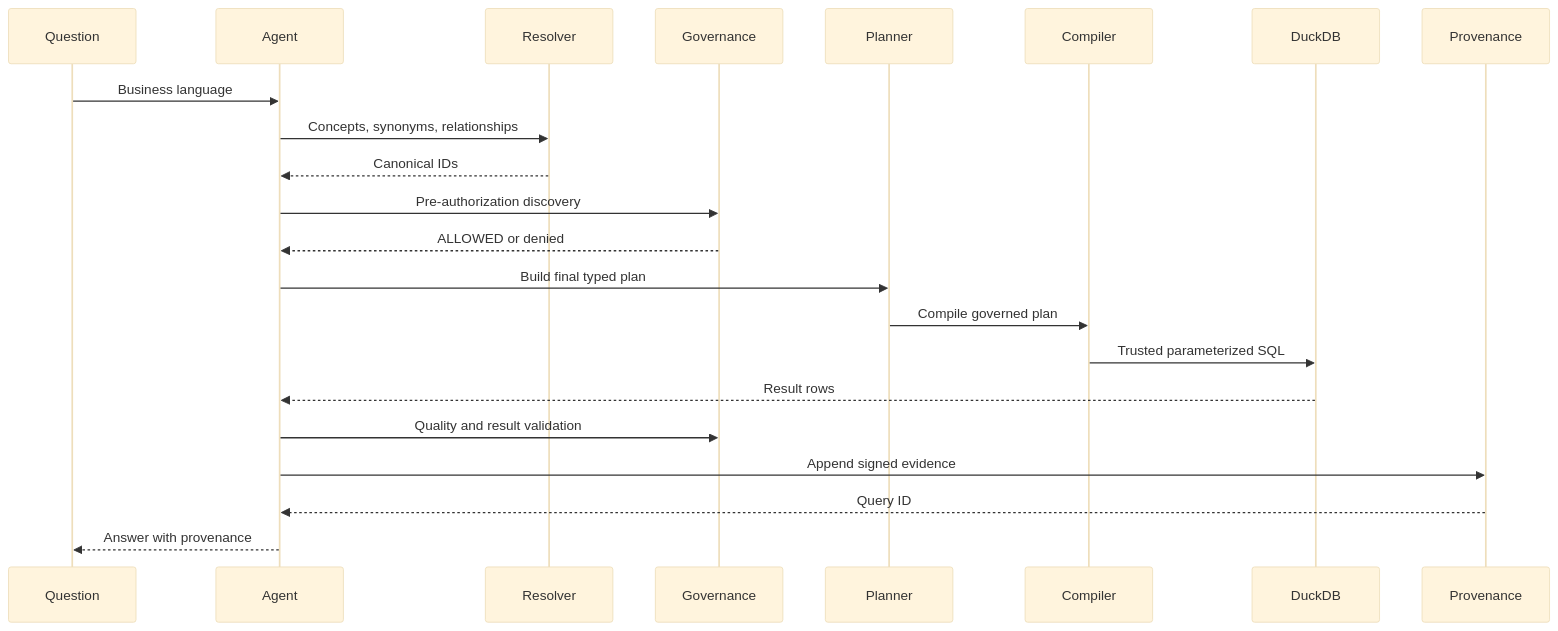
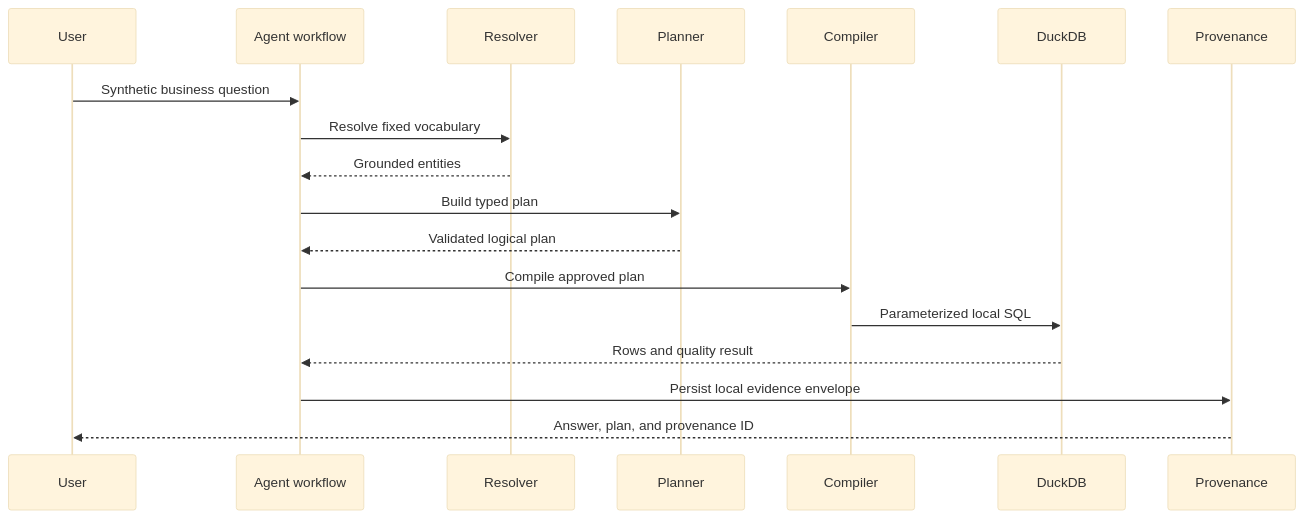
Before and after one commit to Sugumaran-Balasubramaniyan/enterprise-agentic-semantic-layer: the third of 4 diagrams in README.md, drawn with Mermaid (base theme). The commit also changed other lines of this file and 19 other files, not shown here.

````diff
--- a/README.md
+++ b/README.md
@@ -447,24 +249,20 @@
 ```mermaid
 sequenceDiagram
-    participant Q as Question
-    participant A as Agent
+    participant U as User
+    participant A as Agent workflow
     participant R as Resolver
-    participant G as Governance
     participant P as Planner
     participant C as Compiler
-    participant X as DuckDB
-    participant V as Provenance
-    Q->>A: Business language
-    A->>R: Concepts, synonyms, relationships
-    R-->>A: Canonical IDs
-    A->>G: Pre-authorization discovery
-    G-->>A: ALLOWED or denied
-    A->>P: Build final typed plan
-    P->>C: Compile governed plan
-    C->>X: Trusted parameterized SQL
-    X-->>A: Result rows
-    A->>G: Quality and result validation
-    A->>V: Append signed evidence
-    V-->>A: Query ID
-    A-->>Q: Answer with provenance
+    participant D as DuckDB
+    participant T as Provenance
+    U->>A: Synthetic business question
+    A->>R: Resolve fixed vocabulary
+    R-->>A: Grounded entities
+    A->>P: Build typed plan
+    P-->>A: Validated logical plan
+    A->>C: Compile approved plan
+    C->>D: Parameterized local SQL
+    D-->>A: Rows and quality result
+    A->>T: Persist local evidence envelope
+    T-->>U: Answer, plan, and provenance ID
 ```
````
